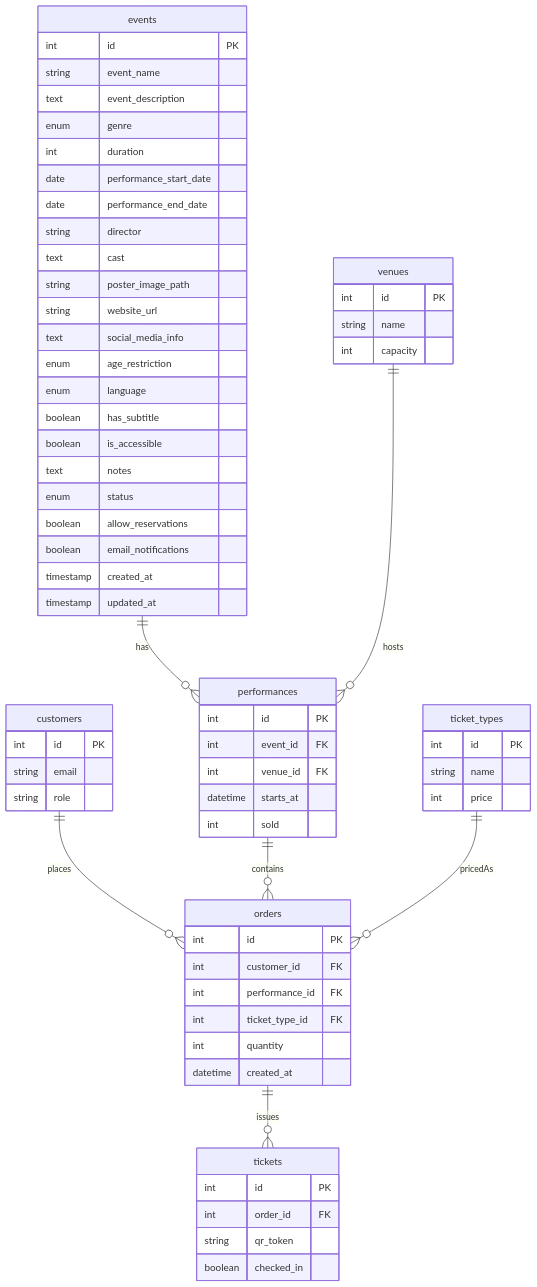
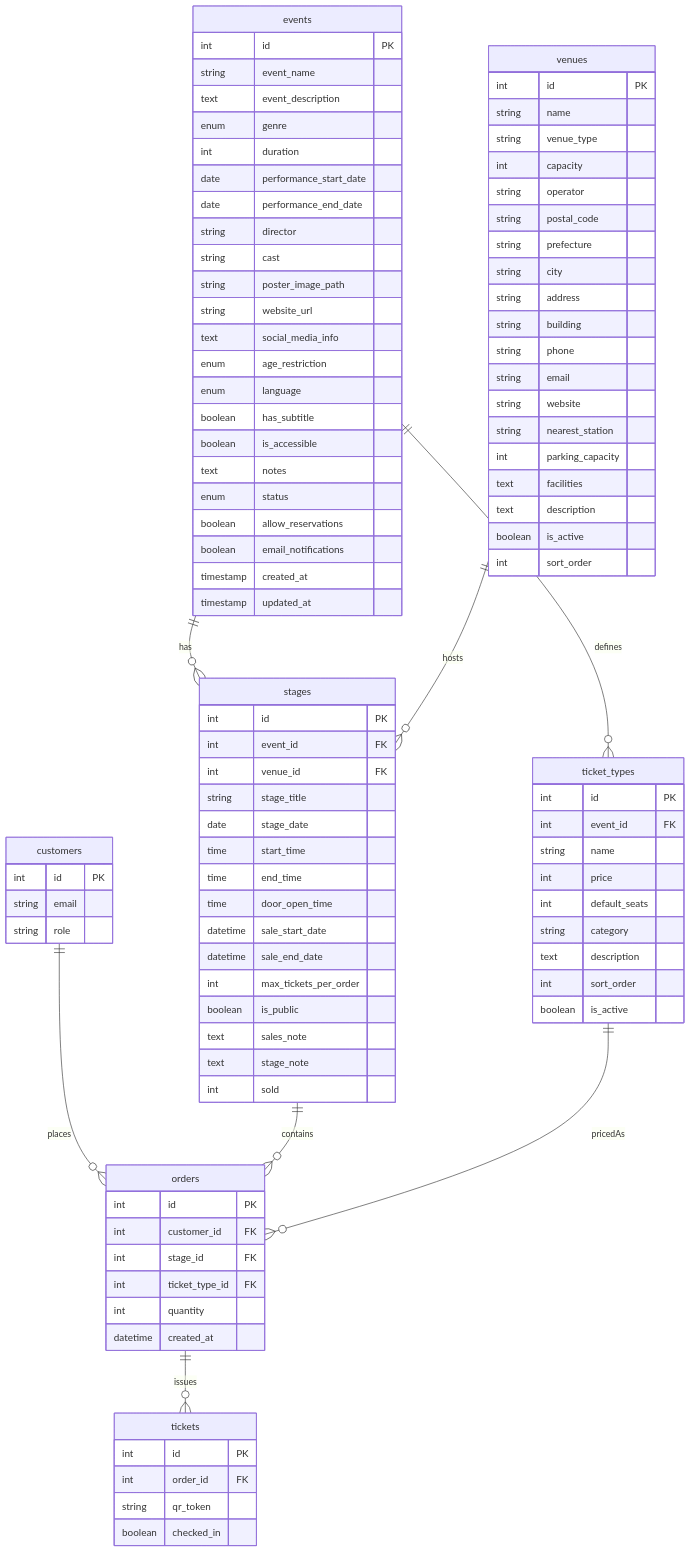
One commit to ymurai/project_ticket changed the diagram in documents/DB テーブル定義一覧 (MVP).md. Above: the diagram before and after it, drawn with Mermaid. The commit also changed other lines of this file and 7 other files, not shown here.

```diff
--- a/documents/DB テーブル定義一覧 (MVP).md
+++ b/documents/DB テーブル定義一覧 (MVP).md
@@ -45,7 +45,7 @@
     string role
   }
 
-  events ||--o{ performances : has
+  events ||--o{ stages : has
   events {
     int id PK
     string event_name
@@ -55,7 +55,7 @@
     date performance_start_date
     date performance_end_date
     string director
-    text cast
+    string cast
     string poster_image_path
     string website_url
     text social_media_info
@@ -71,34 +71,67 @@
     timestamp updated_at
   }
 
-  venues ||--o{ performances : hosts
+  venues ||--o{ stages : hosts
   venues {
     int id PK
     string name
+    string venue_type
     int capacity
+    string operator
+    string postal_code
+    string prefecture
+    string city
+    string address
+    string building
+    string phone
+    string email
+    string website
+    string nearest_station
+    int parking_capacity
+    text facilities
+    text description
+    boolean is_active
+    int sort_order
   }
 
-  performances ||--o{ orders : contains
-  performances {
+  stages ||--o{ orders : contains
+  stages {
     int id PK
     int event_id FK
     int venue_id FK
-    datetime starts_at
+    string stage_title
+    date stage_date
+    time start_time
+    time end_time
+    time door_open_time
+    datetime sale_start_date
+    datetime sale_end_date
+    int max_tickets_per_order
+    boolean is_public
+    text sales_note
+    text stage_note
     int sold
   }
 
+  events ||--o{ ticket_types : defines
   ticket_types ||--o{ orders : pricedAs
   ticket_types {
     int id PK
+    int event_id FK
     string name
     int price
+    int default_seats
+    string category
+    text description
+    int sort_order
+    boolean is_active
   }
 
   orders ||--o{ tickets : issues
   orders {
     int id PK
     int customer_id FK
-    int performance_id FK
+    int stage_id FK
     int ticket_type_id FK
     int quantity
     datetime created_at
```
